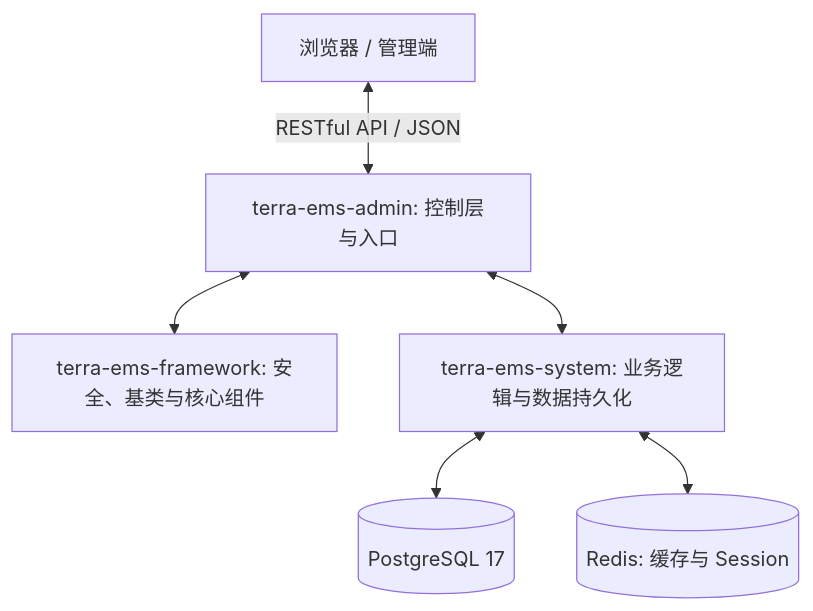
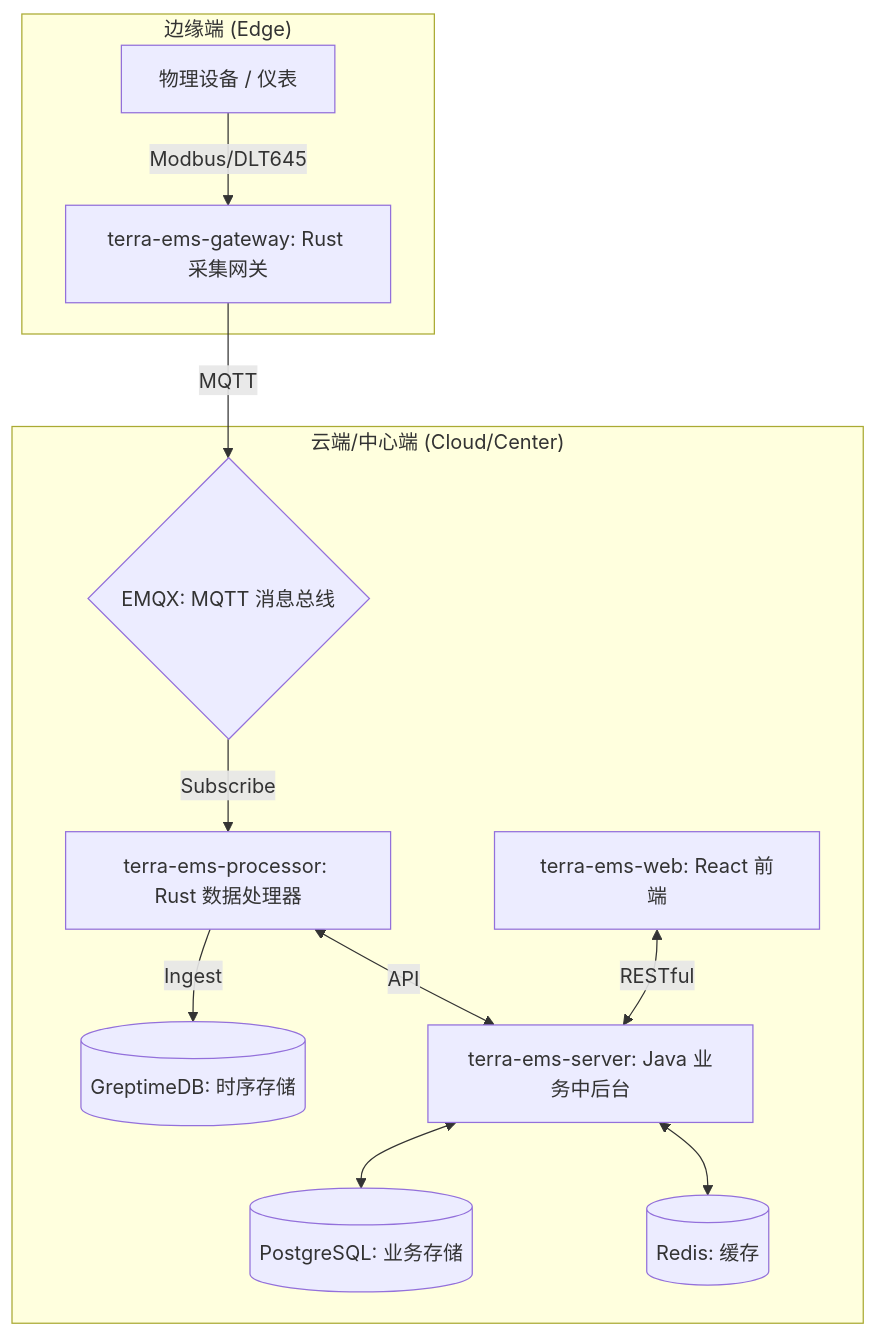
Before and after one commit to dengxp/terra-ems-server: the diagram in README.zh-CN.md, drawn with Mermaid. The commit also changed other lines of this file and 1 other file, not shown here.

Commit message:
docs: update architecture and core features in README

````diff
--- a/README.zh-CN.md
+++ b/README.zh-CN.md
@@ -18,8 +18,21 @@
 ```mermaid
 graph TD
-    Client[浏览器 / 管理端] <-->|RESTful API / JSON| Admin[terra-ems-admin: 控制层与入口]
-    Admin <--> Framework[terra-ems-framework: 安全、基类与核心组件]
-    Admin <--> System[terra-ems-system: 业务逻辑与数据持久化]
-    System <--> DB[(PostgreSQL 17)]
-    System <--> Redis[(Redis: 缓存与 Session)]
+    subgraph "边缘端 (Edge)"
+        GW[terra-ems-gateway: Rust 采集网关]
+        Meter[物理设备 / 仪表] -->|Modbus/DLT645| GW
+    end
+
+    subgraph "云端/中心端 (Cloud/Center)"
+        EMQX{EMQX: MQTT 消息总线}
+        Proc[terra-ems-processor: Rust 数据处理器]
+        Server[terra-ems-server: Java 业务中后台]
+        
+        GW -->|MQTT| EMQX
+        EMQX -->|Subscribe| Proc
+        Proc -->|Ingest| GDB[(GreptimeDB: 时序存储)]
+        Proc <-->|API| Server
+        Server <--> DB[(PostgreSQL: 业务存储)]
+        Server <--> Redis[(Redis: 缓存)]
+        Web[terra-ems-web: React 前端] <-->|RESTful| Server
+    end
 ```
````
